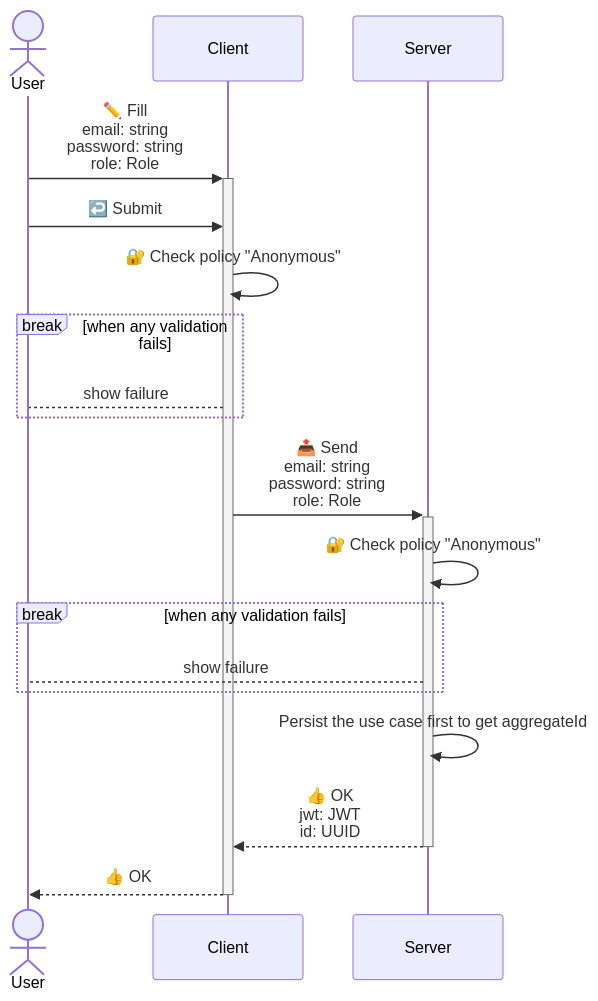
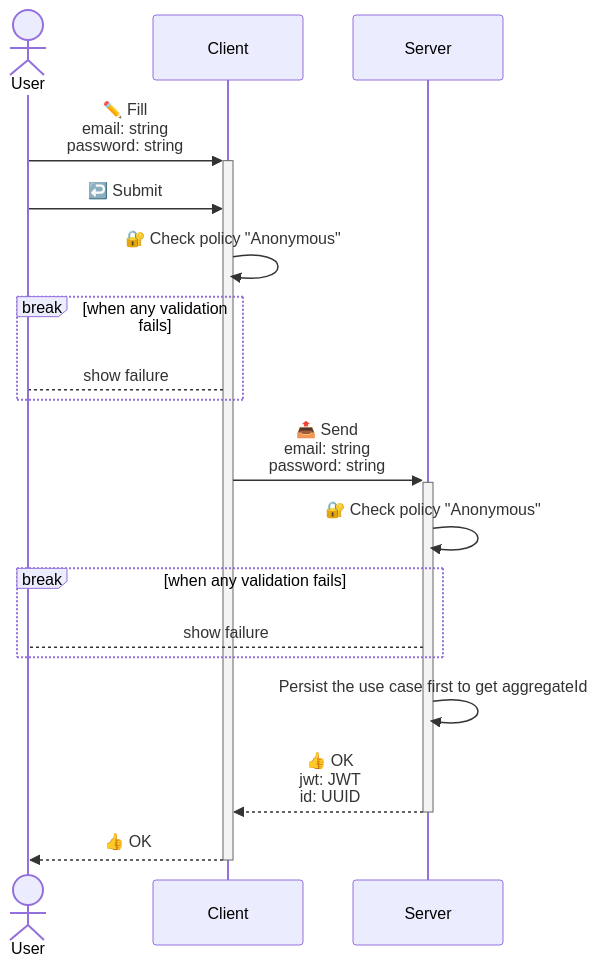
One commit to c100k/libmodulor changed the third of 3 diagrams in examples/apps/Auth/README.md. Above: the diagram before and after it, drawn with Mermaid. The commit also changed other lines of this file and 3 other files, not shown here.

````diff
--- a/examples/apps/Auth/README.md
+++ b/examples/apps/Auth/README.md
@@ -131,18 +130,18 @@
 ```mermaid
 sequenceDiagram
     actor User
-    User->>+Client: ✏️ Fill<br/>email: string<br/>password: string<br/>role: Role
+    User->>+Client: ✏️ Fill<br/>email: string<br/>password: string
     User->>Client: ↩️ Submit
     Client->>Client: 🔐 Check policy "Anonymous"
     break when any validation fails
         Client-->User: show failure
     end
-    Client->>+Server: 📤 Send<br/>email: string<br/>password: string<br/>role: Role
+    Client->>+Server: 📤 Send<br/>email: string<br/>password: string
     Server->>Server: 🔐 Check policy "Anonymous"
     break when any validation fails
         Server-->User: show failure
     end
     Server->>Server: Persist the use case first to get aggregateId
     Server-->>-Client: 👍 OK<br/>jwt: JWT<br/>id: UUID
     Client-->>-User: 👍 OK
 ```
````
